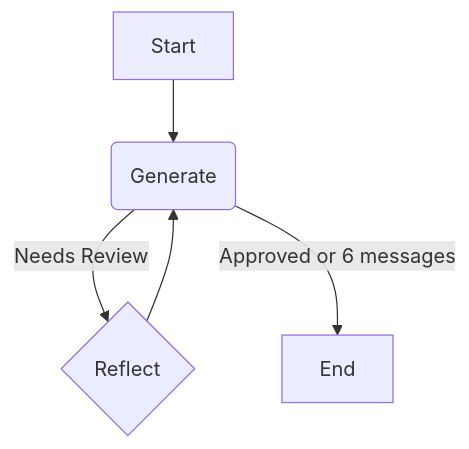
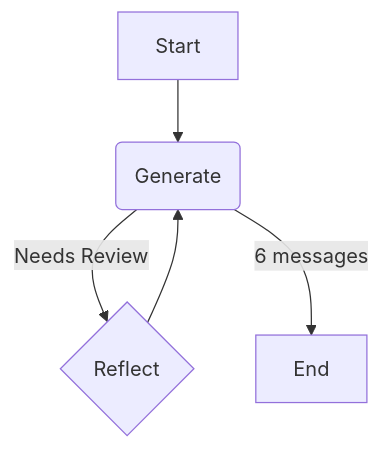
The diagram in reflection-agent/README.md (rwuniard/my-langgraph), drawn with Mermaid before and after one commit. The commit also changed 1 other file, not shown here.

Commit message:
Corrected the condition in the mermaid diagrams

````diff
--- a/reflection-agent/README.md
+++ b/reflection-agent/README.md
@@ -21,7 +21,7 @@
 ```mermaid
 graph TD
     A[Start] --> B(Generate);
     B -->|Needs Review| C{Reflect};
     C -->B;
-    B -->|Approved or 6 messages| D[End];
+    B -->|6 messages| D[End];
 ```
````
